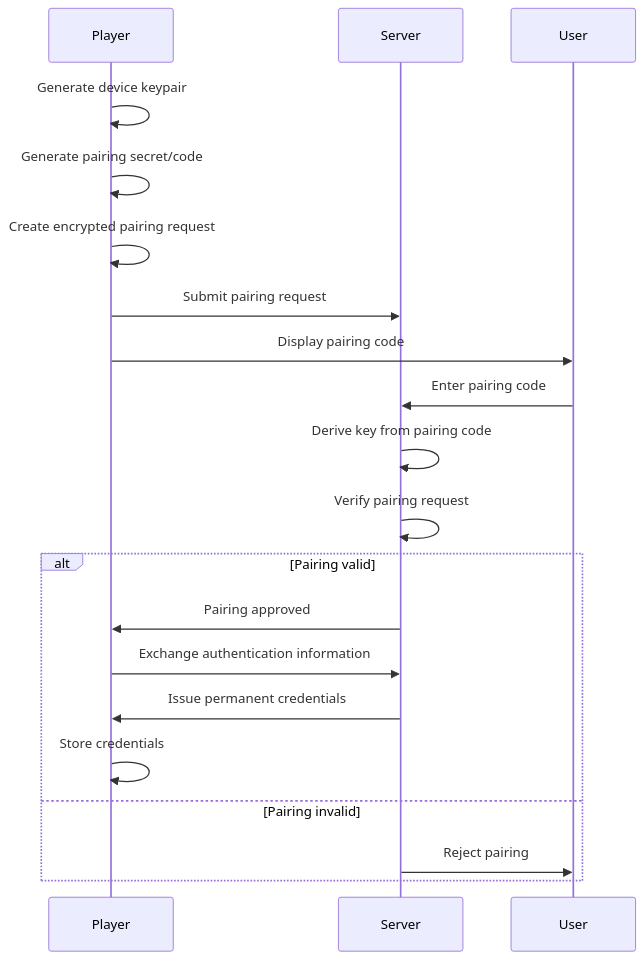
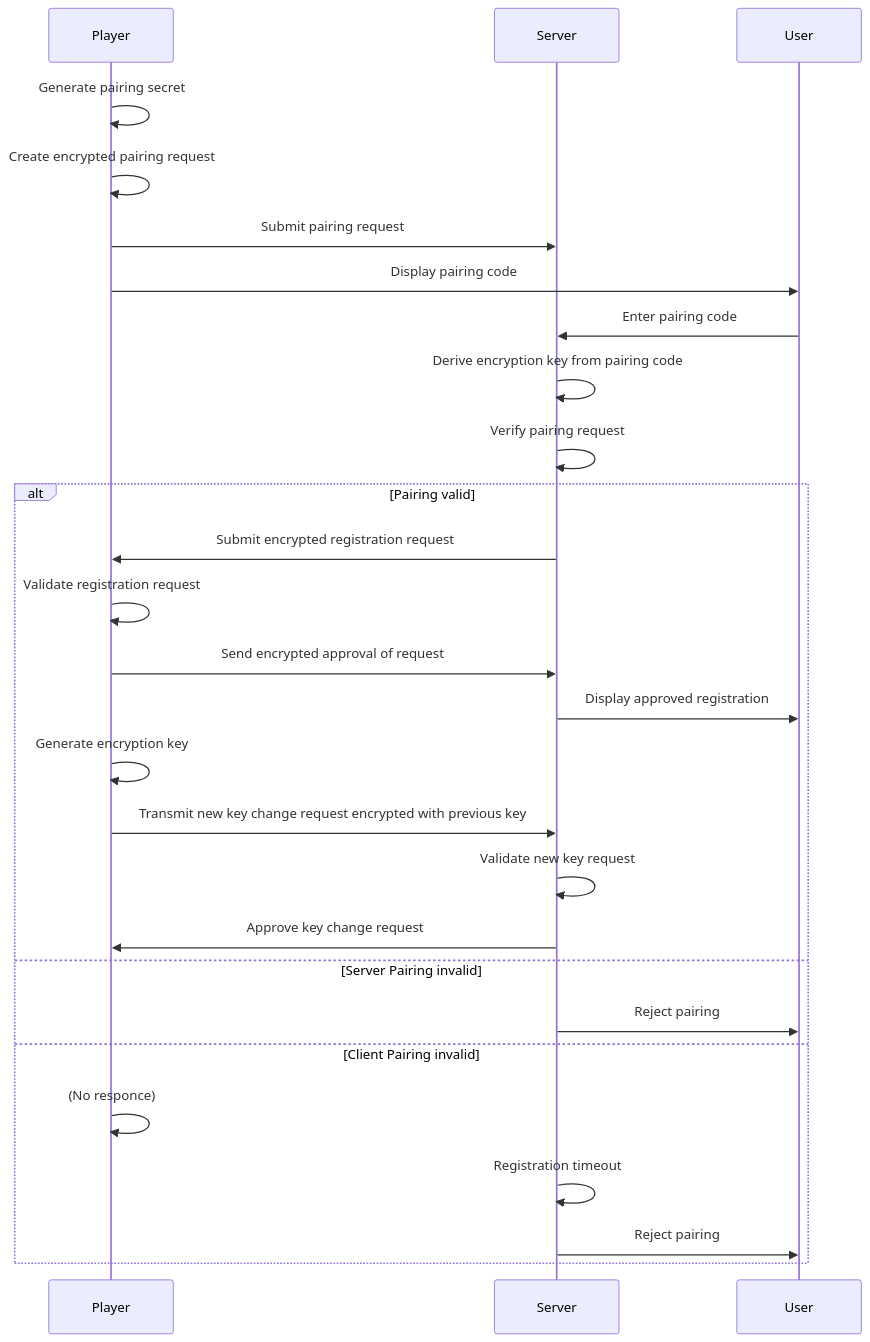
Before and after one commit to C2311231/WebDisplay: the third of 3 diagrams in docs/architecture.md, drawn with Mermaid.

Commit message:
Updated onboarding flow to fit curent and planned implmentation.

````diff
--- a/docs/architecture.md
+++ b/docs/architecture.md
@@ -86,28 +86,35 @@
 ``` mermaid
 sequenceDiagram
     participant P as Player
     participant S as Server
     participant U as User
 
-    P->>P: Generate device keypair
-    P->>P: Generate pairing secret/code
+    P->>P: Generate pairing secret
     
     P->>P: Create encrypted pairing request
     P->>S: Submit pairing request
 
     P->>U: Display pairing code
 
     U->>S: Enter pairing code
 
-    S->>S: Derive key from pairing code
+    S->>S: Derive encryption key from pairing code
     S->>S: Verify pairing request
 
     alt Pairing valid
-        S->>P: Pairing approved
-        P->>S: Exchange authentication information
-        S->>P: Issue permanent credentials
-        P->>P: Store credentials
-    else Pairing invalid
+        S->>P: Submit encrypted registration request
+        P->>P: Validate registration request
+        P->>S: Send encrypted approval of request
+        S->>U: Display approved registration
+        P->>P: Generate encryption key
+        P->>S: Transmit new key change request encrypted with previous key
+        S->>S: Validate new key request
+        S->>P: Approve key change request
+    else Server Pairing invalid
+        S->>U: Reject pairing
+    else Client Pairing invalid
+        P->>P: (No responce)
+        S->>S: Registration timeout
         S->>U: Reject pairing
     end
 ```
````
